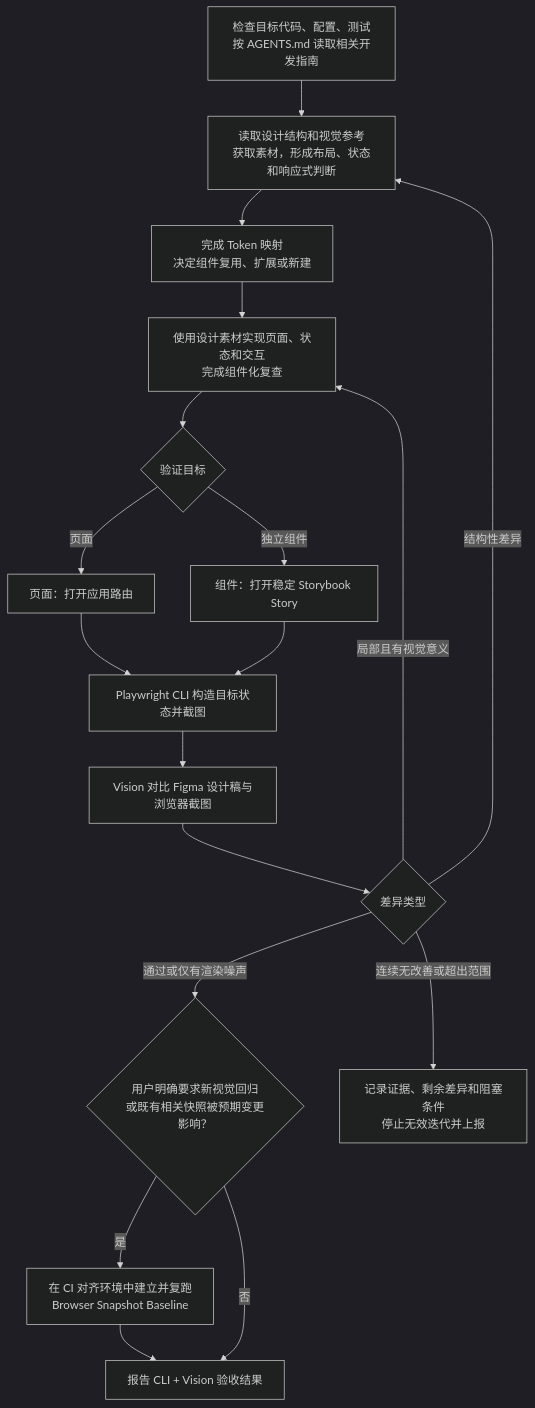
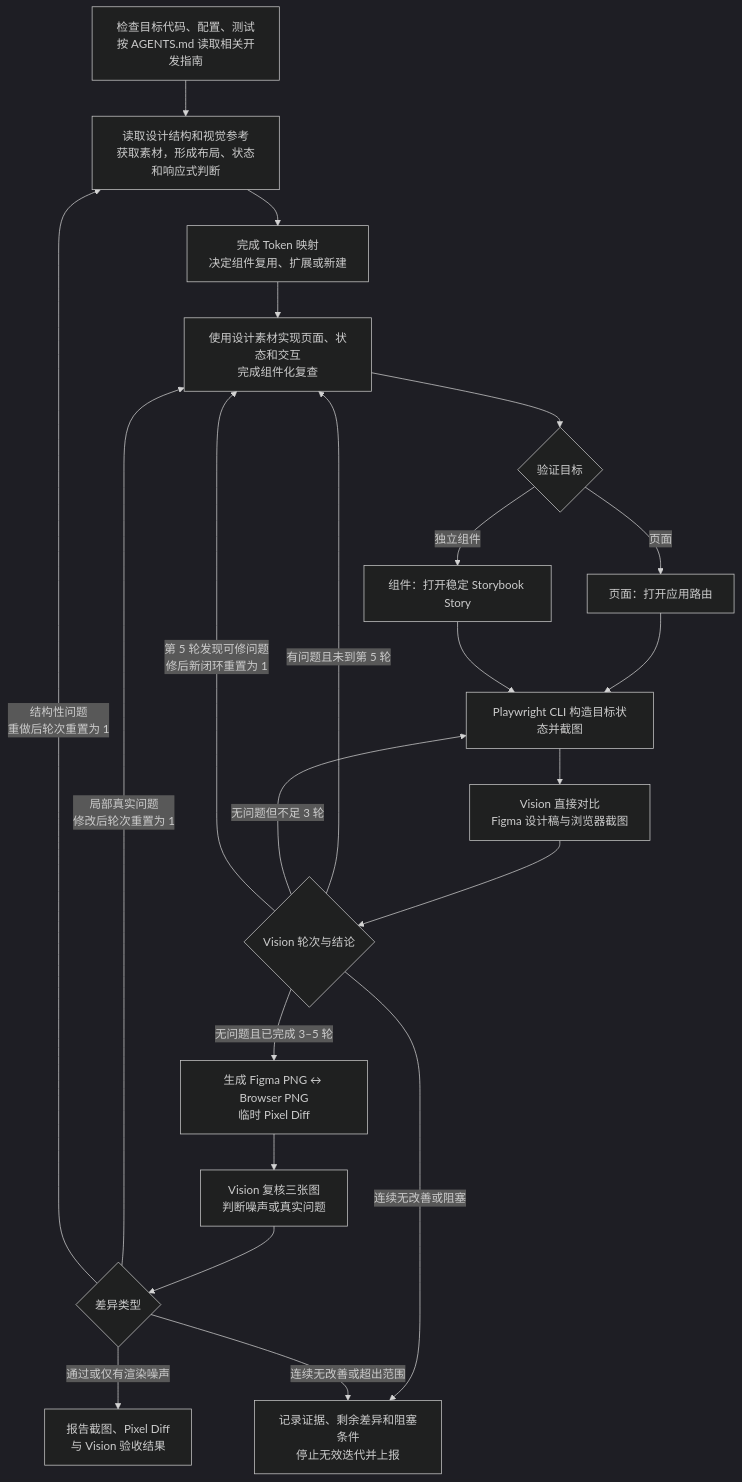
The diagram in .agents/skills/planet-figma-to-code/SKILL.md (whatwg6/planet-h5-next-v2), drawn with Mermaid (dark theme) before and after one commit. The commit also changed other lines of this file and 1 other file, not shown here.

Commit message:
Refine Figma visual validation with Vision iterations and Pixel Diff

````diff
--- a/.agents/skills/planet-figma-to-code/SKILL.md
+++ b/.agents/skills/planet-figma-to-code/SKILL.md
@@ -44,28 +44,32 @@
 ```mermaid
 flowchart TD
   R["检查目标代码、配置、测试<br/>按 AGENTS.md 读取相关开发指南"]
   A["读取设计结构和视觉参考<br/>获取素材，形成布局、状态和响应式判断"]
   C["完成 Token 映射<br/>决定组件复用、扩展或新建"]
   D["使用设计素材实现页面、状态和交互<br/>完成组件化复查"]
   V{"验证目标"}
   P["页面：打开应用路由"]
   S["组件：打开稳定 Storybook Story"]
   E["Playwright CLI 构造目标状态并截图"]
-  F["Vision 对比 Figma 设计稿与浏览器截图"]
+  F["Vision 直接对比<br/>Figma 设计稿与浏览器截图"]
+  T{"Vision 轮次与结论"}
+  H["生成 Figma PNG ↔ Browser PNG<br/>临时 Pixel Diff"]
+  I["Vision 复核三张图<br/>判断噪声或真实问题"]
   G{"差异类型"}
-  Q{"用户明确要求新视觉回归<br/>或既有相关快照被预期变更影响？"}
-  J["在 CI 对齐环境中建立并复跑<br/>Browser Snapshot Baseline"]
-  K["报告 CLI + Vision 验收结果"]
+  K["报告截图、Pixel Diff<br/>与 Vision 验收结果"]
   X["记录证据、剩余差异和阻塞条件<br/>停止无效迭代并上报"]
 
   R --> A --> C --> D --> V
   V -- "页面" --> P --> E
   V -- "独立组件" --> S --> E
-  E --> F --> G
-  G -- "局部且有视觉意义" --> D
-  G -- "结构性差异" --> A
-  G -- "通过或仅有渲染噪声" --> Q
+  E --> F --> T
+  T -- "有问题且未到第 5 轮" --> D
+  T -- "无问题但不足 3 轮" --> E
+  T -- "无问题且已完成 3–5 轮" --> H --> I --> G
+  T -- "第 5 轮发现可修问题<br/>修后新闭环重置为 1" --> D
+  T -- "连续无改善或阻塞" --> X
+  G -- "局部真实问题<br/>修改后轮次重置为 1" --> D
+  G -- "结构性问题<br/>重做后轮次重置为 1" --> A
+  G -- "通过或仅有渲染噪声" --> K
   G -- "连续无改善或超出范围" --> X
-  Q -- "是" --> J --> K
-  Q -- "否" --> K
 ```
````
